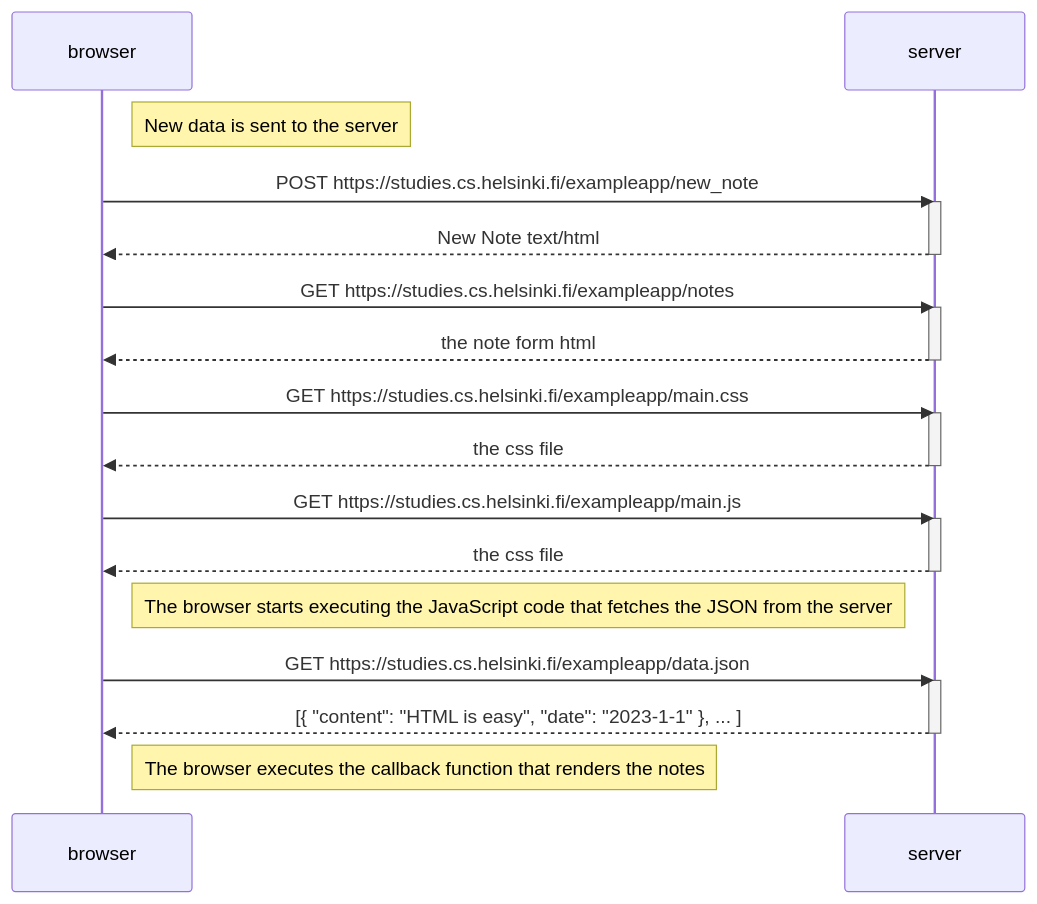
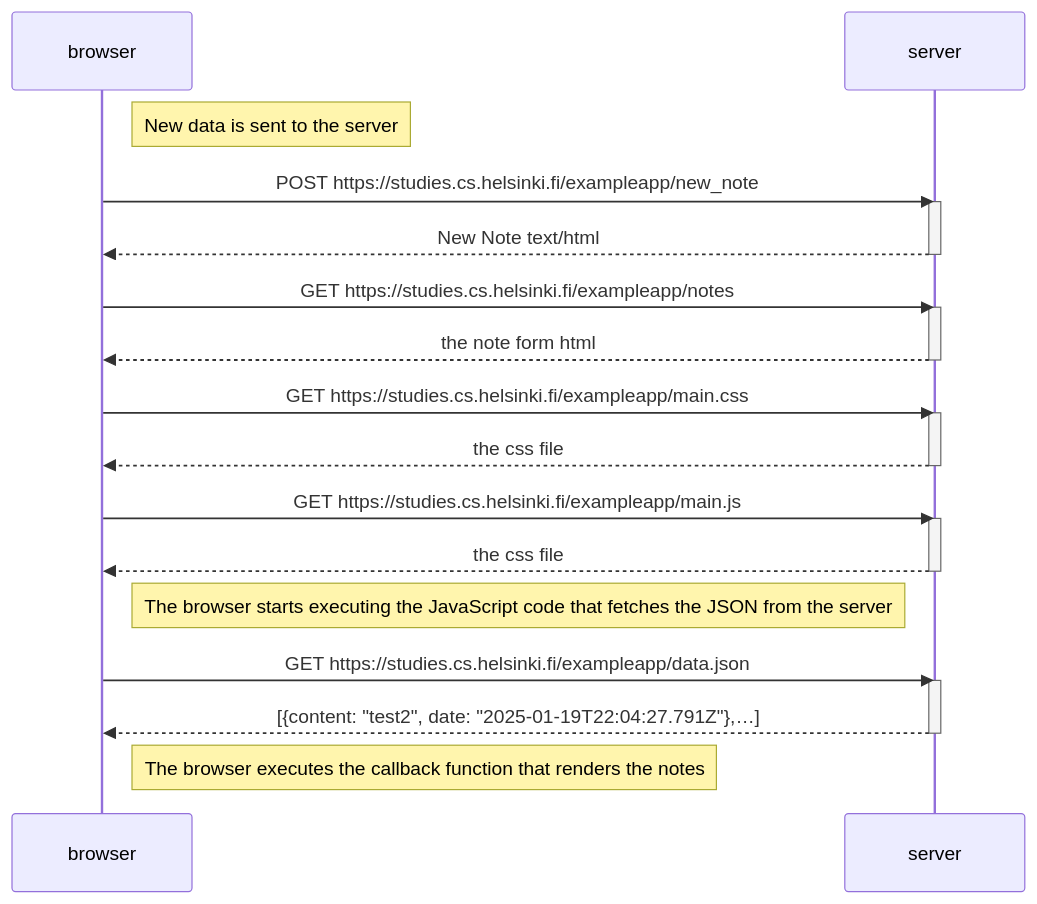
Before and after one commit to neakovalainen/fullstackopen24: the diagram in osa0/04.md, drawn with Mermaid. The commit also changed 1 other file, not shown here.

Commit message:
Exercise 0.5

````diff
--- a/osa0/04.md
+++ b/osa0/04.md
@@ -1,36 +1,36 @@
 ```mermaid
 sequenceDiagram
     participant browser
     participant server
 
     Note right of browser: New data is sent to the server
     
     browser->>server: POST https://studies.cs.helsinki.fi/exampleapp/new_note
     activate server
     server-->>browser: New Note text/html
     deactivate server
     
     browser->>server: GET https://studies.cs.helsinki.fi/exampleapp/notes
     activate server
     server-->>browser: the note form html
     deactivate server
     
     browser->>server: GET https://studies.cs.helsinki.fi/exampleapp/main.css
     activate server
     server-->>browser: the css file
     deactivate server
     
     browser->>server: GET https://studies.cs.helsinki.fi/exampleapp/main.js
     activate server
     server-->>browser: the css file
     deactivate server
 
     Note right of browser: The browser starts executing the JavaScript code that fetches the JSON from the server
 
     browser->>server: GET https://studies.cs.helsinki.fi/exampleapp/data.json
     activate server
-    server-->>browser: [{ "content": "HTML is easy", "date": "2023-1-1" }, ... ]
+    server-->>browser:[{content: "test2", date: "2025-01-19T22:04:27.791Z"},…]
     deactivate server    
 
     Note right of browser: The browser executes the callback function that renders the notes 
 ```
````
